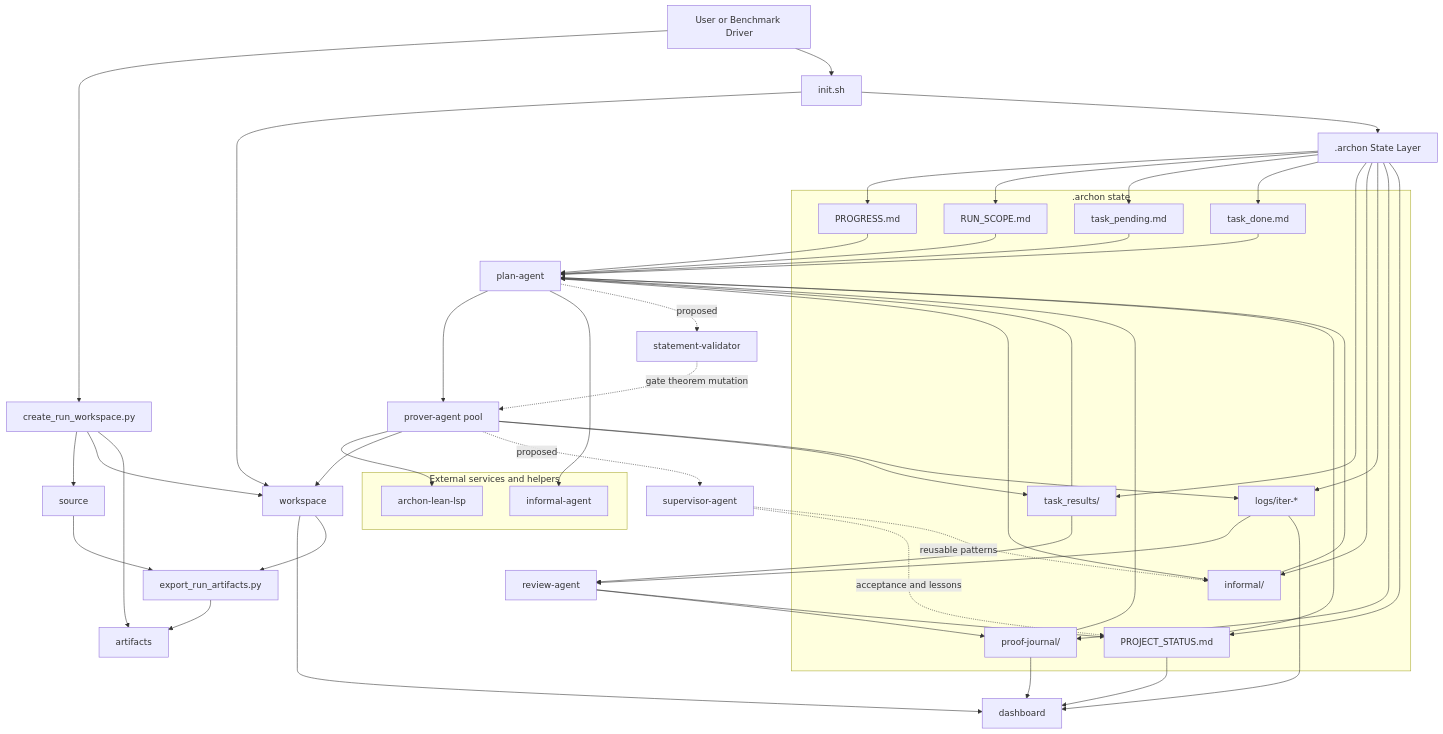
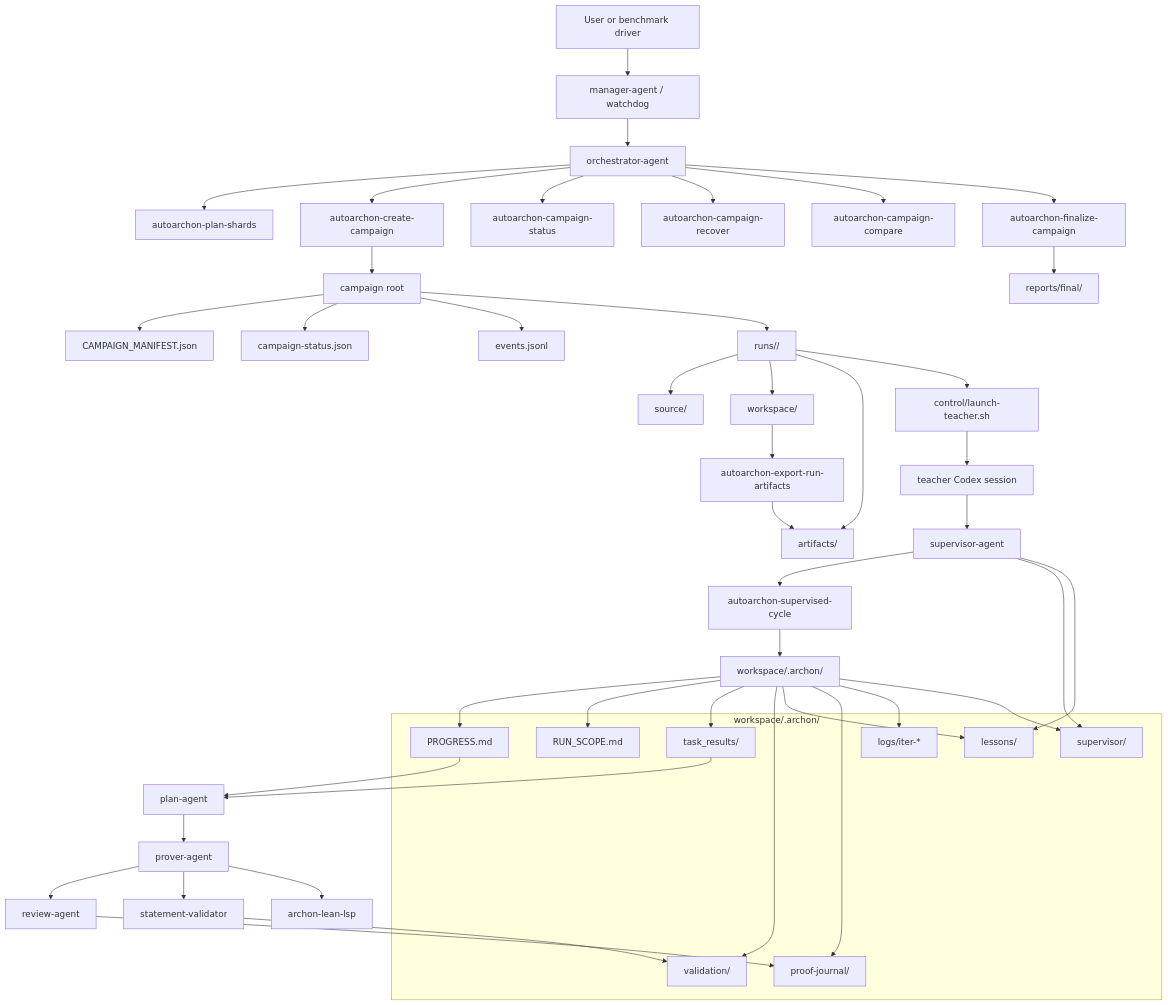
The diagram in docs/architecture.md (Wenbobobo/AutoArchon), drawn with Mermaid before and after one commit. The commit also changed other lines of this file and 17 other files, not shown here.

````diff
--- a/docs/architecture.md
+++ b/docs/architecture.md
@@ -7,74 +7,59 @@
 ```mermaid
 flowchart TD
-    U[User or Benchmark Driver] --> C[create_run_workspace.py]
-    C --> SRC[source]
-    C --> S[workspace]
-    C --> ART[artifacts]
-    U --> I[init.sh]
-    I --> S
-    I --> A[.archon State Layer]
+    U[User or benchmark driver] --> MAN[manager-agent / watchdog]
+    MAN --> ORCH[orchestrator-agent]
+    ORCH --> SHARDS[autoarchon-plan-shards]
+    ORCH --> CREATE[autoarchon-create-campaign]
+    ORCH --> STATUS[autoarchon-campaign-status]
+    ORCH --> REC[autoarchon-campaign-recover]
+    ORCH --> CMP[autoarchon-campaign-compare]
+    ORCH --> FIN[autoarchon-finalize-campaign]
+    CREATE --> CAMP[campaign root]
+    CAMP --> CM[CAMPAIGN_MANIFEST.json]
+    CAMP --> CS[campaign-status.json]
+    CAMP --> EV[events.jsonl]
+    CAMP --> RUNS[runs/<id>/]
+    RUNS --> SRC[source/]
+    RUNS --> WS[workspace/]
+    RUNS --> ART[artifacts/]
+    RUNS --> CTRL[control/launch-teacher.sh]
+    FIN --> FINAL[reports/final/]
 
-    subgraph State[".archon state"]
-        P[PROGRESS.md]
-        R[RUN_SCOPE.md]
-        TP[task_pending.md]
-        TD[task_done.md]
-        TR[task_results/]
-        INF[informal/]
+    CTRL --> TEACHER[teacher Codex session]
+    TEACHER --> SUP[supervisor-agent]
+    SUP --> CYCLE[autoarchon-supervised-cycle]
+    CYCLE --> STATE[workspace/.archon/]
+
+    subgraph State["workspace/.archon/"]
+        PROG[PROGRESS.md]
+        SCOPE[RUN_SCOPE.md]
+        TASKS[task_results/]
+        VAL[validation/]
+        LES[lessons/]
+        JOURNAL[proof-journal/]
         LOGS[logs/iter-*]
-        PJ[proof-journal/]
-        PS[PROJECT_STATUS.md]
+        SUPDIR[supervisor/]
     end
 
-    A --> P
-    A --> R
-    A --> TP
-    A --> TD
-    A --> TR
-    A --> INF
-    A --> LOGS
-    A --> PJ
-    A --> PS
+    STATE --> PROG
+    STATE --> SCOPE
+    STATE --> TASKS
+    STATE --> VAL
+    STATE --> LES
+    STATE --> JOURNAL
+    STATE --> LOGS
+    STATE --> SUPDIR
 
-    P --> PLAN[plan-agent]
-    R --> PLAN
-    TP --> PLAN
-    TD --> PLAN
-    TR --> PLAN
-    INF --> PLAN
-    PJ --> PLAN
-    PS --> PLAN
-
-    PLAN --> PP[prover-agent pool]
-    PLAN --> INF
-
-    subgraph Services["External services and helpers"]
-        LSP[archon-lean-lsp]
-        IA[informal-agent]
-    end
-
-    PP --> LSP
-    PLAN --> IA
-    PP --> S
-    PP --> TR
-    PP --> LOGS
-
-    TR --> REVIEW[review-agent]
-    LOGS --> REVIEW
-    REVIEW --> PJ
-    REVIEW --> PS
-
-    S --> UI[dashboard]
-    LOGS --> UI
-    PJ --> UI
-    PS --> UI
-
-    PLAN -. proposed .-> VAL[statement-validator]
-    PP -. proposed .-> SUP[supervisor-agent]
-    VAL -. gate theorem mutation .-> PP
-    SUP -. acceptance and lessons .-> PS
-    SUP -. reusable patterns .-> INF
-    S --> EXP[export_run_artifacts.py]
-    SRC --> EXP
-    EXP --> ART
+    PROG --> PLAN[plan-agent]
+    TASKS --> PLAN
+    PLAN --> PROVER[prover-agent]
+    PROVER --> REVIEW[review-agent]
+    PROVER --> STMT[statement-validator]
+    STMT --> VAL
+    REVIEW --> JOURNAL
+    SUP --> SUPDIR
+    SUP --> LES
+    PROVER --> LSP[archon-lean-lsp]
+    WS --> EXPORT[autoarchon-export-run-artifacts]
+    EXPORT --> ART
 ```
````
